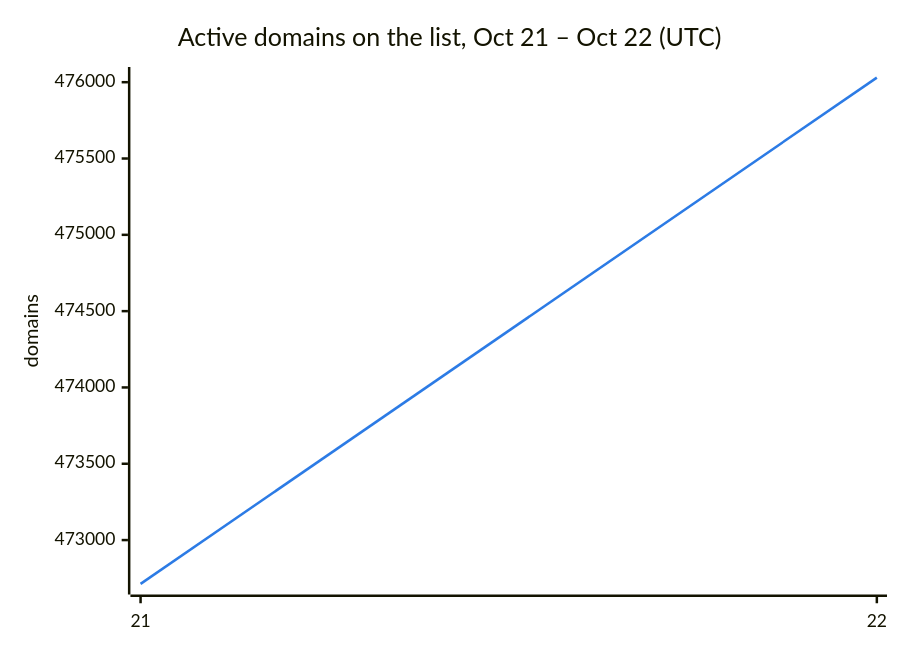
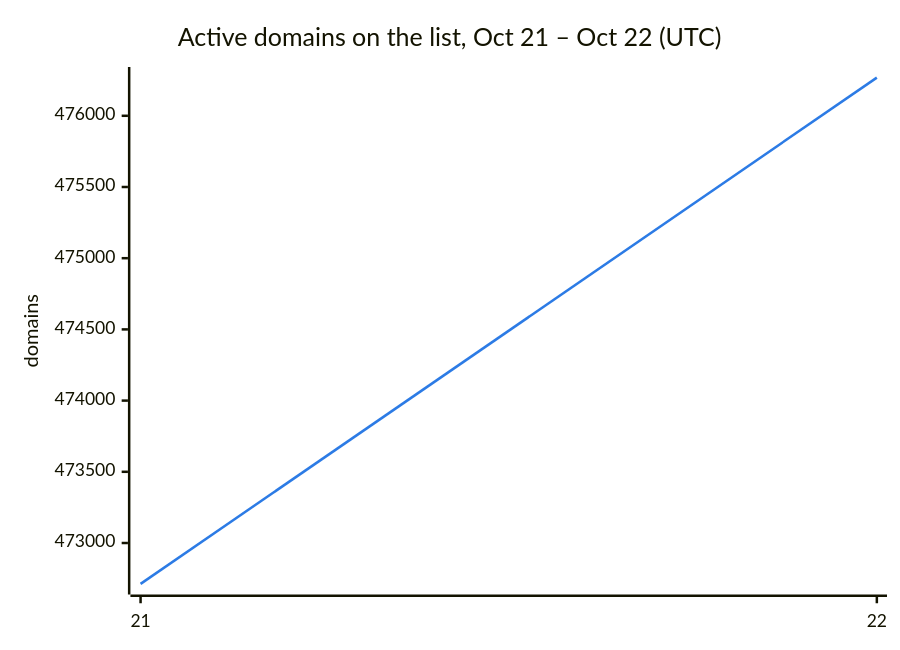
One commit to DNSBunker/CTI changed the second of 3 diagrams in README.md. Above: the diagram before and after it, drawn with Mermaid. The commit also changed other lines of this file and 3 other files, not shown here.

````diff
--- a/README.md
+++ b/README.md
@@ -38,8 +38,8 @@
 ```mermaid
 %%{init: {"themeVariables": {"xyChart": {"plotColorPalette": "#2c7be5"}}}}%%
 xychart-beta
     title "Active domains on the list, Oct 21 – Oct 22 (UTC)"
     x-axis ["21", "22"]
     y-axis "domains"
-    line [472713, 476030]
+    line [472713, 476268]
 ```
````
